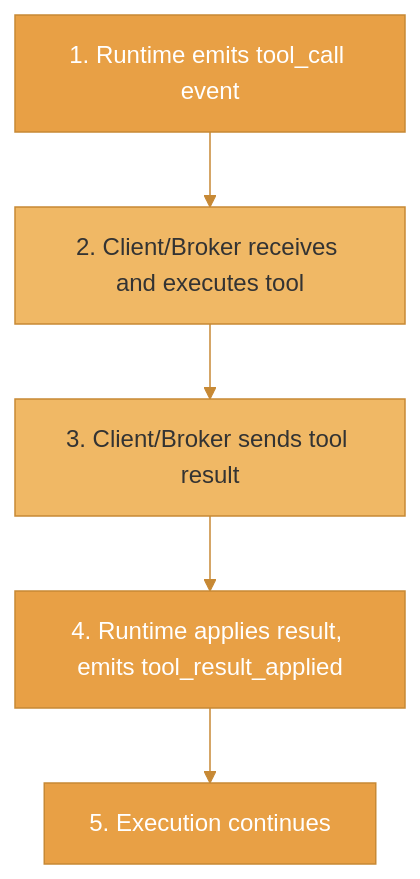
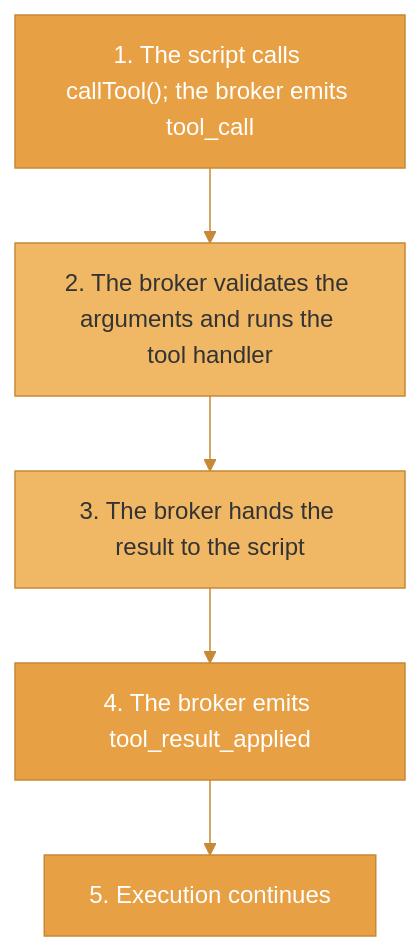
The second of 2 diagrams in docs/enclave/concepts/streaming-protocol.mdx (agentfront/enclave), drawn with Mermaid before and after one commit. The commit also changed other lines of this file and 22 other files, not shown here.

````diff
--- a/docs/enclave/concepts/streaming-protocol.mdx
+++ b/docs/enclave/concepts/streaming-protocol.mdx
@@ -183,13 +191,13 @@
 ```mermaid
 %%{init: {'theme': 'base', 'themeVariables': { 'primaryColor': '#e8a045', 'primaryTextColor': '#fff', 'primaryBorderColor': '#c78935', 'lineColor': '#c78935', 'secondaryColor': '#f0b865', 'tertiaryColor': '#fff5e6'}}}%%
 flowchart TD
-    TC1["1. Runtime emits tool_call event"] --> TC2["2. Client/Broker receives and executes tool"]
-    TC2 --> TC3["3. Client/Broker sends tool result"]
-    TC3 --> TC4["4. Runtime applies result, emits tool_result_applied"]
+    TC1["1. The script calls callTool(); the broker emits tool_call"] --> TC2["2. The broker validates the arguments and runs the tool handler"]
+    TC2 --> TC3["3. The broker hands the result to the script"]
+    TC3 --> TC4["4. The broker emits tool_result_applied"]
     TC4 --> TC5["5. Execution continues"]
     style TC1 fill:#e8a045,stroke:#c78935,color:#fff
     style TC2 fill:#f0b865,stroke:#c78935,color:#333
     style TC3 fill:#f0b865,stroke:#c78935,color:#333
     style TC4 fill:#e8a045,stroke:#c78935,color:#fff
     style TC5 fill:#e8a045,stroke:#c78935,color:#fff
 ```
````
